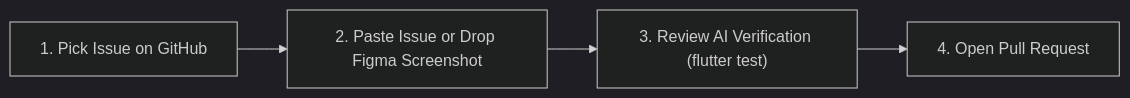
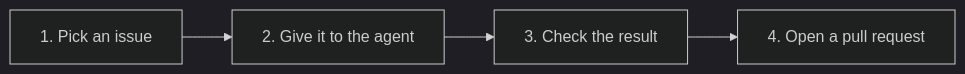
The diagram in docs/STUDENT_WORKFLOW_GUIDE.md (Campus-Motion/mobile-app-flutter), drawn with Mermaid (dark theme) before and after one commit. The commit also changed other lines of this file and 45 other files, not shown here.

````diff
--- a/docs/STUDENT_WORKFLOW_GUIDE.md
+++ b/docs/STUDENT_WORKFLOW_GUIDE.md
@@ -15,6 +13,6 @@
 ```mermaid
 flowchart LR
-    A["1. Pick Issue on GitHub"] --> B["2. Paste Issue or Drop Figma Screenshot"]
-    B --> C["3. Review AI Verification (flutter test)"]
-    C --> D["4. Open Pull Request"]
+  A["1. Pick an issue"] --> B["2. Give it to the agent"]
+  B --> C["3. Check the result"]
+  C --> D["4. Open a pull request"]
 ```
````
